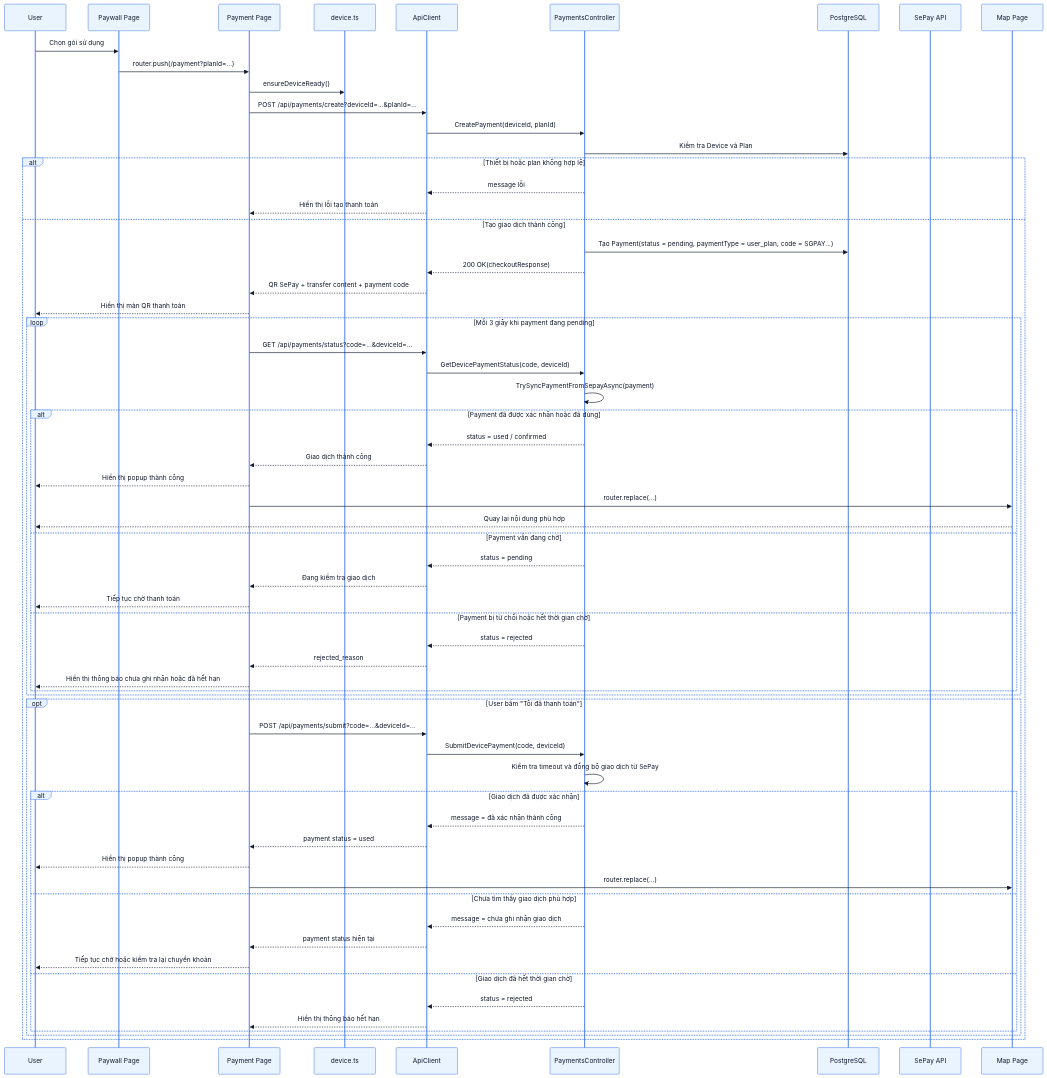
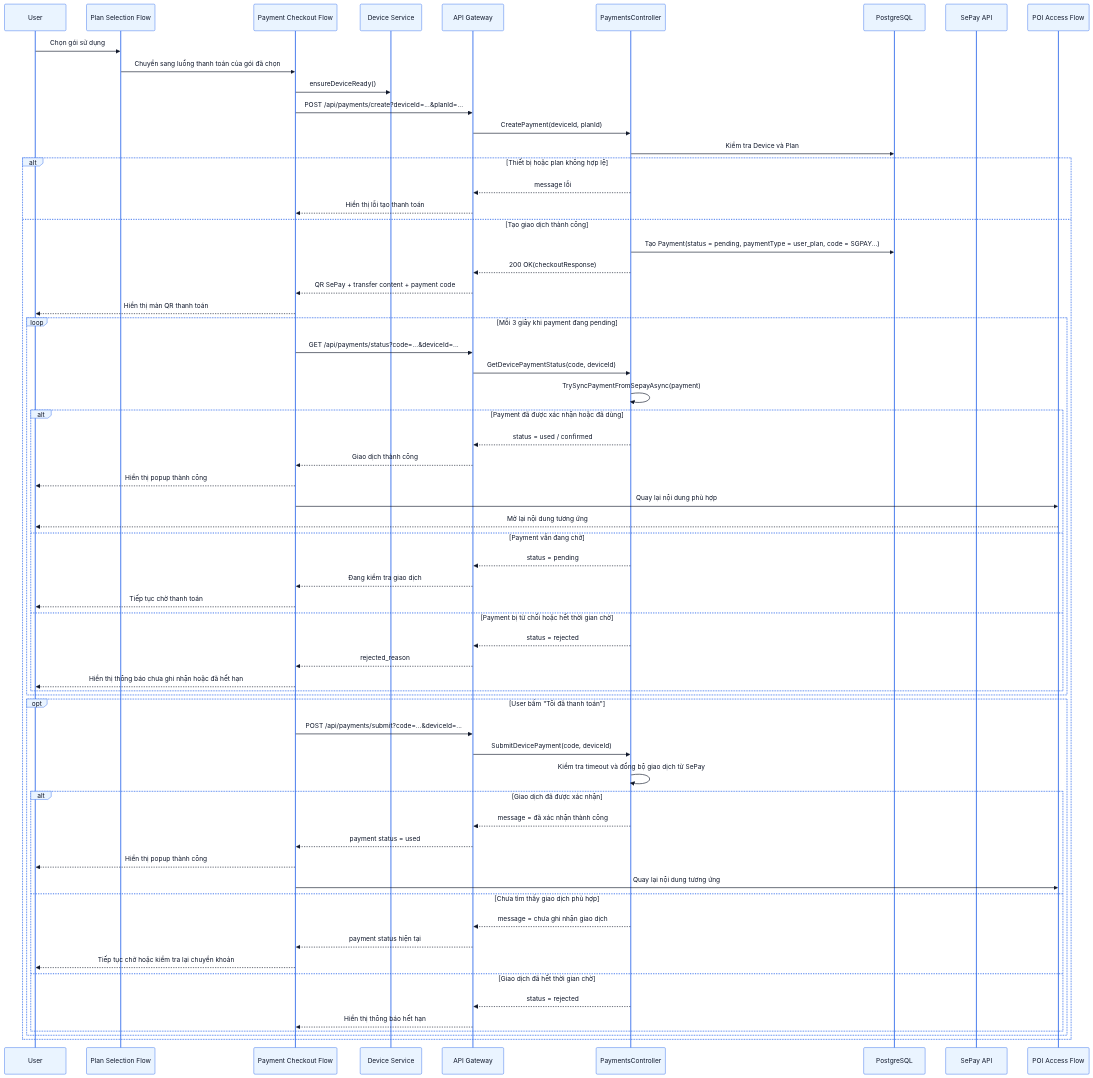
One commit to thaiquanghieu/smart-guide-system changed the eighth of 30 diagrams in docs/PRD.md. Above: the diagram before and after it, drawn with Mermaid. The commit also changed other lines of this file and 1 other file, not shown here.

```diff
--- a/docs/PRD.md
+++ b/docs/PRD.md
@@ -760,17 +1150,17 @@
 }}%%
 sequenceDiagram
     participant User as User
-    participant Paywall as Paywall Page
-    participant PaymentPage as Payment Page
-    participant DeviceLib as device.ts
-    participant API as ApiClient
+    participant Paywall as Plan Selection Flow
+    participant PaymentPage as Payment Checkout Flow
+    participant DeviceLib as Device Service
+    participant API as API Gateway
     participant PaymentsCtl as PaymentsController
     participant DB as PostgreSQL
     participant Sepay as SePay API
-    participant MapPage as Map Page
+    participant ContentFlow as POI Access Flow
 
     User ->> Paywall: Chọn gói sử dụng
-    Paywall ->> PaymentPage: router.push(/payment?planId=...)
+    Paywall ->> PaymentPage: Chuyển sang luồng thanh toán của gói đã chọn
     PaymentPage ->> DeviceLib: ensureDeviceReady()
     PaymentPage ->> API: POST /api/payments/create?deviceId=...&planId=...
     API ->> PaymentsCtl: CreatePayment(deviceId, planId)
@@ -794,8 +1184,8 @@
                 PaymentsCtl -->> API: status = used / confirmed
                 API -->> PaymentPage: Giao dịch thành công
                 PaymentPage -->> User: Hiển thị popup thành công
-                PaymentPage ->> MapPage: router.replace(...)
-                MapPage -->> User: Quay lại nội dung phù hợp
+                PaymentPage ->> ContentFlow: Quay lại nội dung phù hợp
+                ContentFlow -->> User: Mở lại nội dung tương ứng
             else Payment vẫn đang chờ
                 PaymentsCtl -->> API: status = pending
                 API -->> PaymentPage: Đang kiểm tra giao dịch
@@ -816,7 +1206,7 @@
                 PaymentsCtl -->> API: message = đã xác nhận thành công
                 API -->> PaymentPage: payment status = used
                 PaymentPage -->> User: Hiển thị popup thành công
-                PaymentPage ->> MapPage: router.replace(...)
+                PaymentPage ->> ContentFlow: Quay lại nội dung tương ứng
             else Chưa tìm thấy giao dịch phù hợp
                 PaymentsCtl -->> API: message = chưa ghi nhận giao dịch
                 API -->> PaymentPage: payment status hiện tại
```
